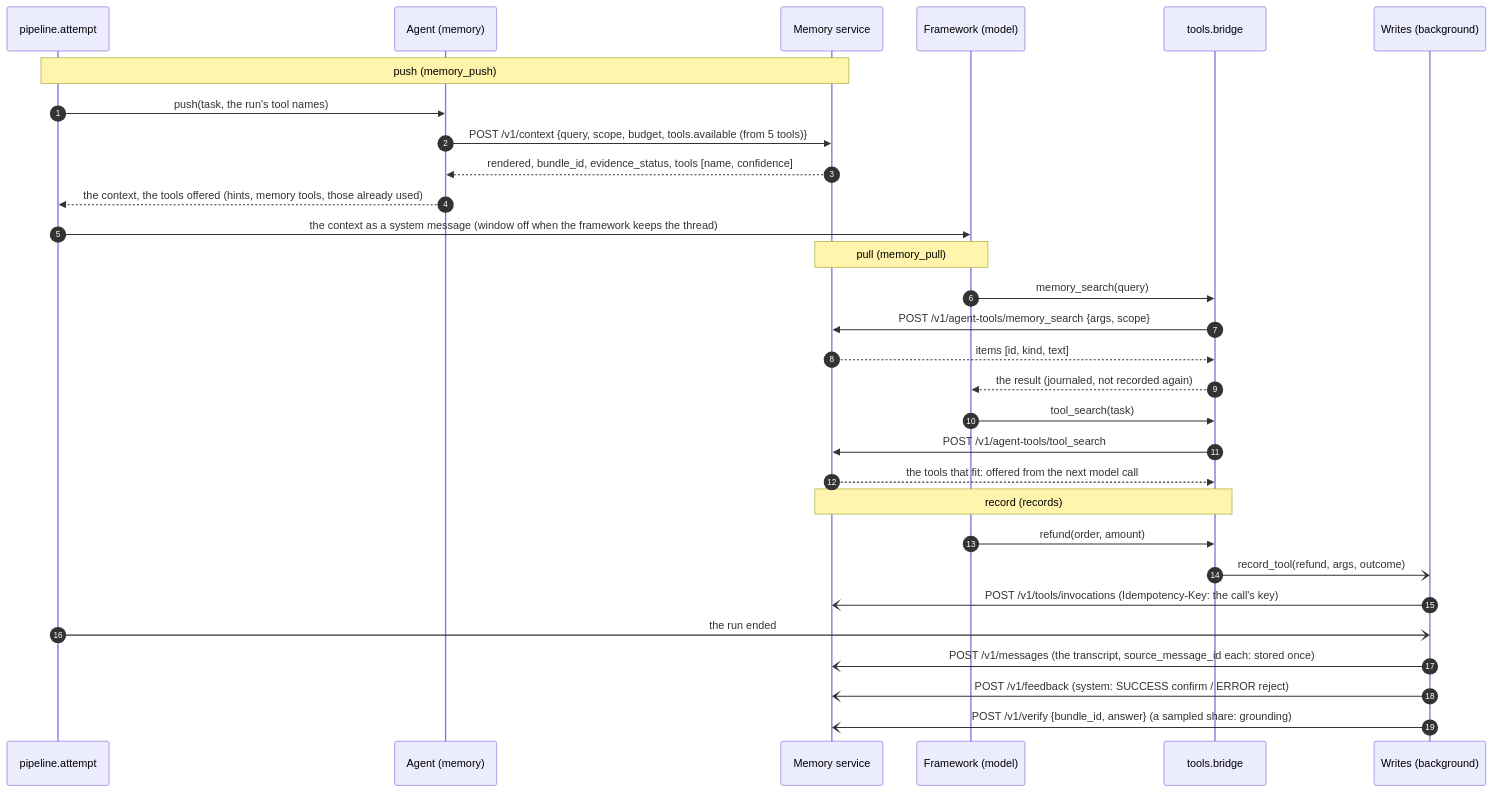
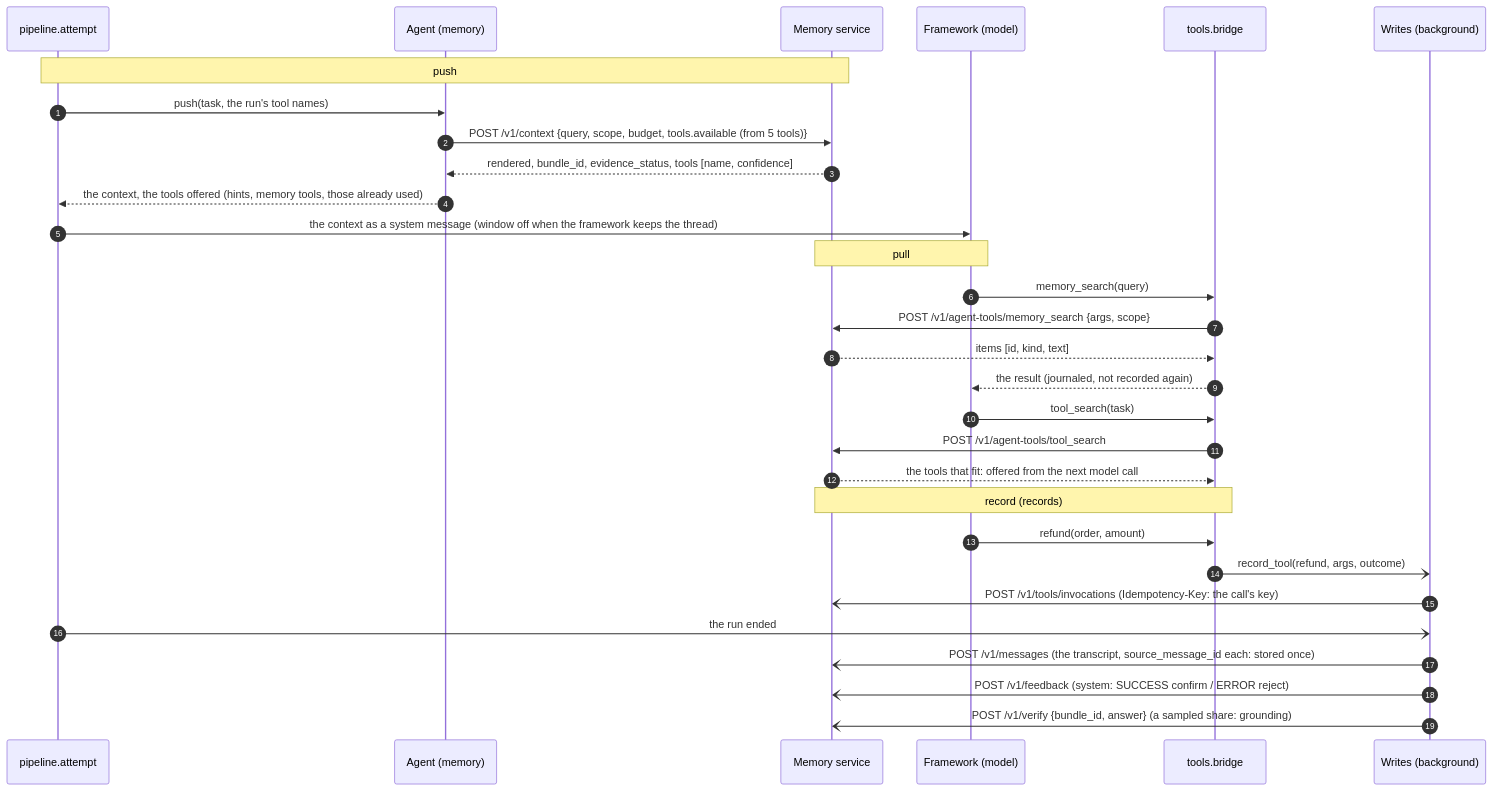
The second of 14 diagrams in docs/flows.md (amitmohapatra/agent-harness), drawn with Mermaid before and after one commit. The commit also changed other lines of this file and 244 other files, not shown here.

````diff
--- a/docs/flows.md
+++ b/docs/flows.md
@@ -87,33 +86,33 @@
 ```mermaid
 sequenceDiagram
   autonumber
   participant P as pipeline.attempt
   participant A as Agent (memory)
   participant Mem as Memory service
   participant FW as Framework (model)
   participant Br as tools.bridge
   participant W as Writes (background)
 
-  Note over P,Mem: push (memory_push)
+  Note over P,Mem: push
   P->>A: push(task, the run's tool names)
   A->>Mem: POST /v1/context {query, scope, budget, tools.available (from 5 tools)}
   Mem-->>A: rendered, bundle_id, evidence_status, tools [name, confidence]
   A-->>P: the context, the tools offered (hints, memory tools, those already used)
   P->>FW: the context as a system message (window off when the framework keeps the thread)
-  Note over FW,Mem: pull (memory_pull)
+  Note over FW,Mem: pull
   FW->>Br: memory_search(query)
   Br->>Mem: POST /v1/agent-tools/memory_search {args, scope}
   Mem-->>Br: items [id, kind, text]
   Br-->>FW: the result (journaled, not recorded again)
   FW->>Br: tool_search(task)
   Br->>Mem: POST /v1/agent-tools/tool_search
   Mem-->>Br: the tools that fit: offered from the next model call
   Note over Br,Mem: record (records)
   FW->>Br: refund(order, amount)
   Br-)W: record_tool(refund, args, outcome)
   W-)Mem: POST /v1/tools/invocations (Idempotency-Key: the call's key)
   P-)W: the run ended
   W-)Mem: POST /v1/messages (the transcript, source_message_id each: stored once)
   W-)Mem: POST /v1/feedback (system: SUCCESS confirm / ERROR reject)
   W-)Mem: POST /v1/verify {bundle_id, answer} (a sampled share: grounding)
 ```
````
